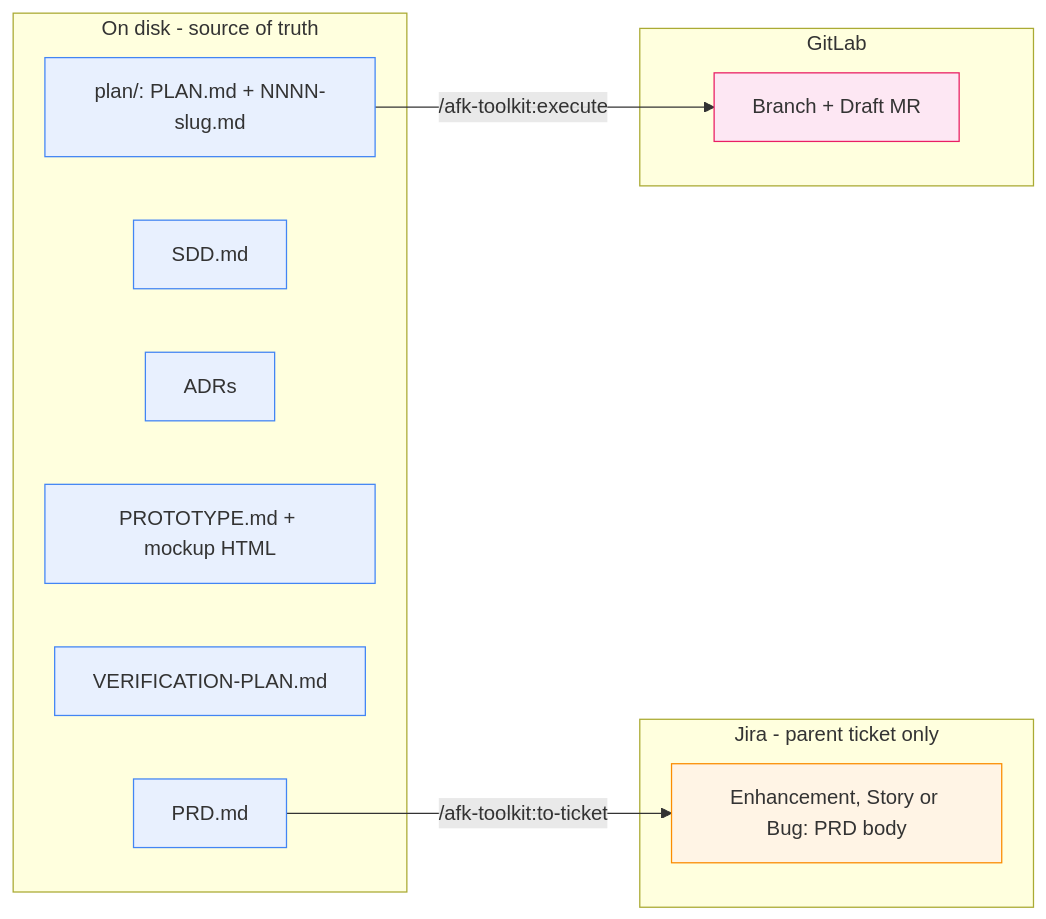
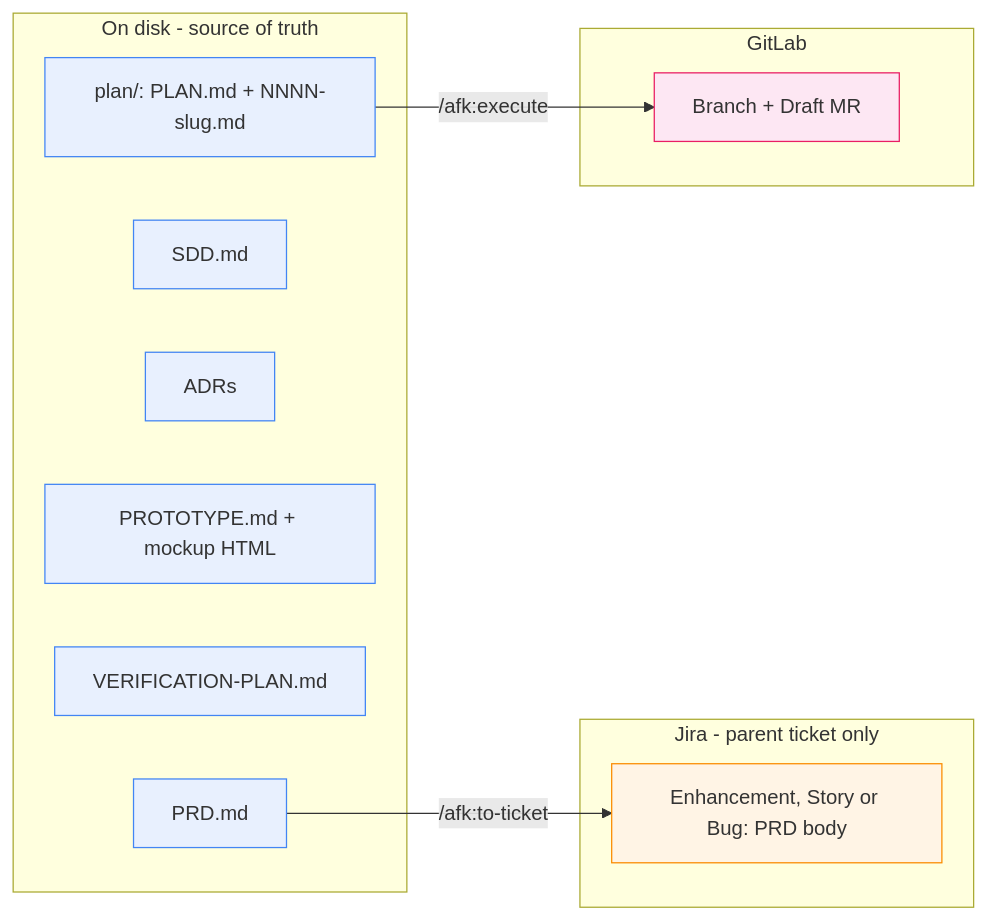
The first of 6 diagrams in README.md (midnightblur/afk-driver), drawn with Mermaid before and after one commit. The commit also changed other lines of this file and 102 other files, not shown here.

````diff
--- a/README.md
+++ b/README.md
@@ -127,25 +127,25 @@
 ```mermaid
 graph LR
     subgraph disk_store [On disk - source of truth]
         PRD[PRD.md]
         SDD[SDD.md]
         ADR[ADRs]
         PROTO[PROTOTYPE.md + mockup HTML]
         E2E[VERIFICATION-PLAN.md]
         PLAN["plan/: PLAN.md + NNNN-slug.md"]
     end
     subgraph jira_store [Jira - parent ticket only]
         TICKET["Enhancement, Story or Bug: PRD body"]
     end
     subgraph gl_store [GitLab]
         MR[Branch + Draft MR]
     end
-    PRD -->|/afk-toolkit:to-ticket| TICKET
-    PLAN -->|/afk-toolkit:execute| MR
+    PRD -->|/afk:to-ticket| TICKET
+    PLAN -->|/afk:execute| MR
     classDef disk fill:#e8f0fe,stroke:#4285f4;
     classDef jira fill:#fff4e5,stroke:#fb8c00;
     classDef gl fill:#fde7f3,stroke:#e91e63;
     class PRD,SDD,ADR,PROTO,E2E,PLAN disk;
     class TICKET jira;
     class MR gl;
 ```
````
